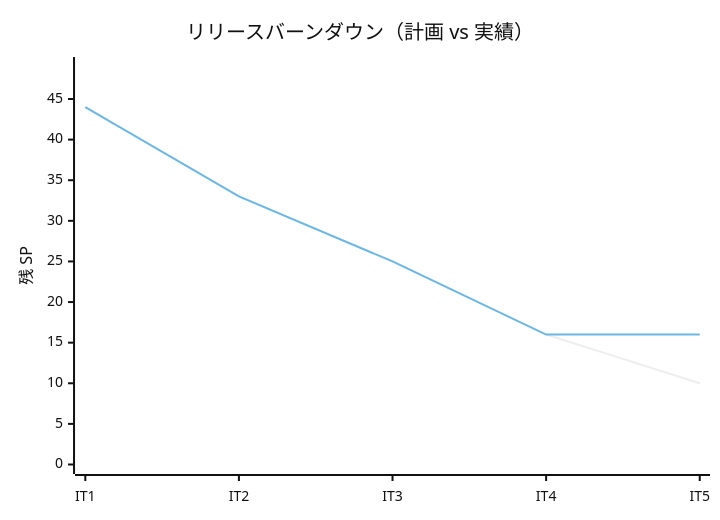
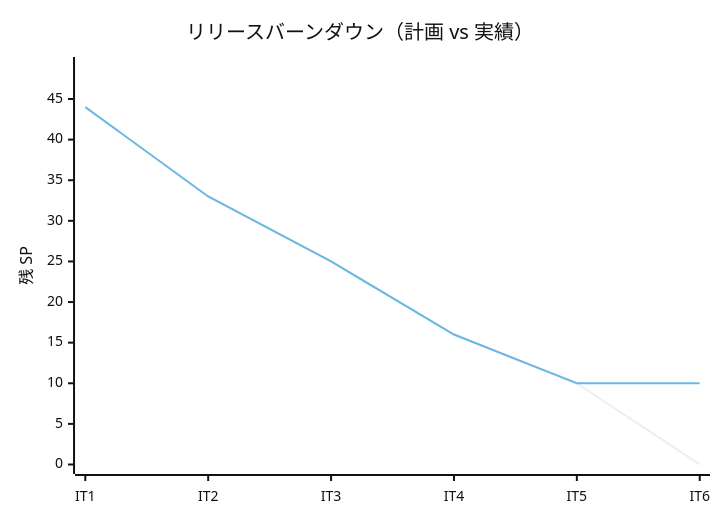
One commit to k2works/case-study-sdd-development changed the third of 3 diagrams in docs/development/release_plan.md. Above: the diagram before and after it, drawn with Mermaid (neutral theme). The commit also changed other lines of this file and 6 other files, not shown here.

````diff
--- a/docs/development/release_plan.md
+++ b/docs/development/release_plan.md
@@ -374,8 +394,8 @@
 ```mermaid
 xychart-beta
     title "リリースバーンダウン（計画 vs 実績）"
-    x-axis [IT1, IT2, IT3, IT4, IT5]
+    x-axis [IT1, IT2, IT3, IT4, IT5, IT6]
     y-axis "残 SP" 0 --> 49
-    line "計画" [44, 33, 25, 16, 10]
-    line "実績" [44, 33, 25, 16, 16]
+    line "計画" [44, 33, 25, 16, 10, 0]
+    line "実績" [44, 33, 25, 16, 10, 10]
 ```
````
